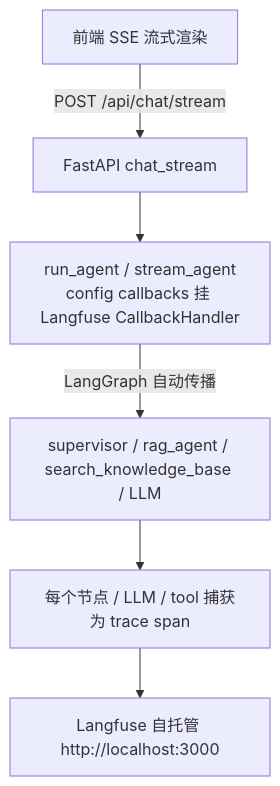
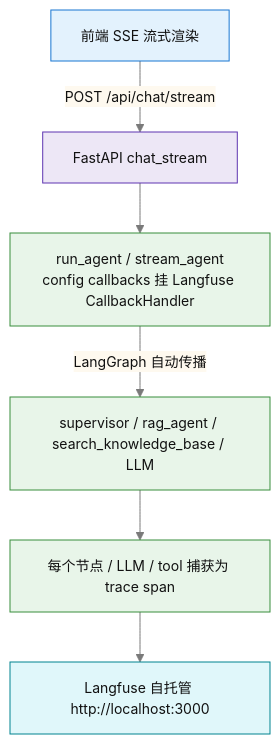
The diagram in docs/OBSERVABILITY.md (Zhuliqx/Agentchat), drawn with Mermaid before and after one commit. The commit also changed 5 other files, not shown here.

Commit message:
优化mermaid图

````diff
--- a/docs/OBSERVABILITY.md
+++ b/docs/OBSERVABILITY.md
@@ -12,8 +12,13 @@
 ```mermaid
+%%{init: {"theme":"base", "themeVariables": {"primaryColor":"#ecf3ff", "primaryBorderColor":"#3b6fd4", "primaryTextColor":"#111", "lineColor":"#7a7a7a", "fontSize":"14px", "clusterBkg":"#f7f8fa", "clusterBorder":"#c4c9d2", "secondaryColor":"#fef9ef", "tertiaryColor":"#f2f7f2", "actorBkg":"#ecf3ff", "actorBorder":"#3b6fd4", "noteBkg":"#fef9ef"}}}%%
 flowchart TB
-    A[前端 SSE 流式渲染] -->|POST /api/chat/stream| B[FastAPI chat_stream]
-    B --> C[run_agent / stream_agent<br>config callbacks 挂 Langfuse CallbackHandler]
-    C -->|LangGraph 自动传播| D[supervisor / rag_agent / search_knowledge_base / LLM]
-    D --> D2[每个节点 / LLM / tool 捕获为 trace span]
-    D2 --> E[Langfuse 自托管 http://localhost:3000]
+    classDef agent fill:#e8f5e9,stroke:#388e3c
+    classDef api fill:#ede7f6,stroke:#5e35b1
+    classDef fe fill:#e3f2fd,stroke:#1976d2
+    classDef mcp fill:#e0f7fa,stroke:#00838f
+    A[前端 SSE 流式渲染]:::fe -->|POST /api/chat/stream| B[FastAPI chat_stream]:::api
+    B --> C[run_agent / stream_agent<br>config callbacks 挂 Langfuse CallbackHandler]:::agent
+    C -->|LangGraph 自动传播| D[supervisor / rag_agent / search_knowledge_base / LLM]:::agent
+    D --> D2[每个节点 / LLM / tool 捕获为 trace span]:::agent
+    D2 --> E[Langfuse 自托管 http://localhost:3000]:::mcp
 ```
````
